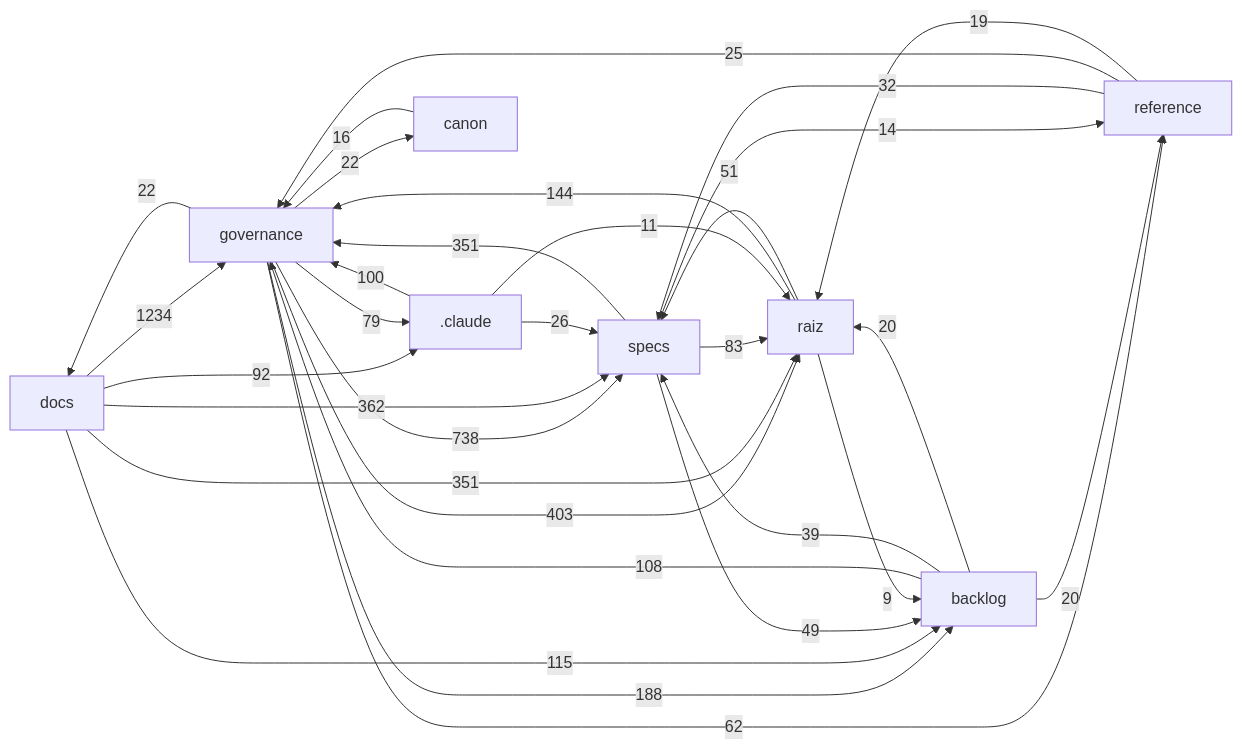
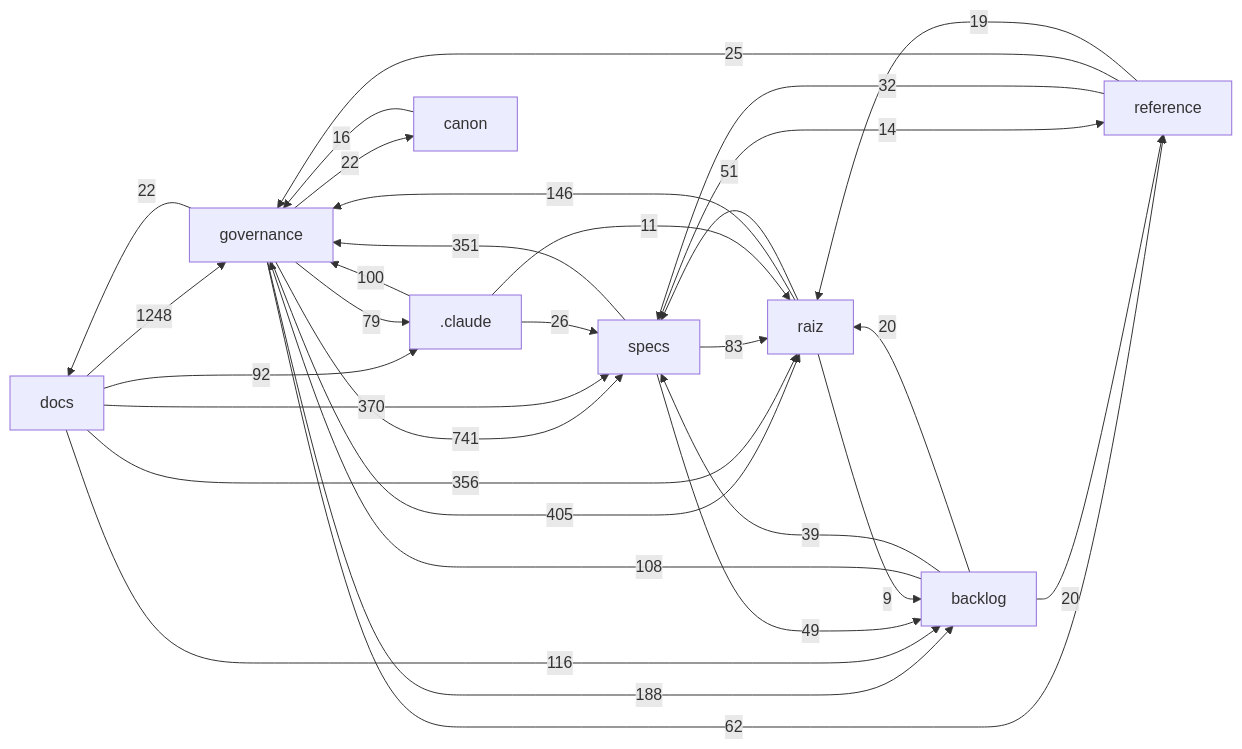
One commit to Andraus35/Sistema-Operacional-de-Trading--SOT changed the diagram in docs/mapa/MAPA-PROJETO.md. Above: the diagram before and after it, drawn with Mermaid. The commit also changed other lines of this file and 6 other files, not shown here.

First line of the commit message:
DHR-SPEC007-007: diretriz de autenticacao criptografica dos atos de Andraus (principio; mecanismo para a construcao); ROADMAP, CATALOGO; HANDOFF HO-77

````diff
--- a/docs/mapa/MAPA-PROJETO.md
+++ b/docs/mapa/MAPA-PROJETO.md
@@ -29,33 +29,33 @@
 ```mermaid
 flowchart LR
-  docs["docs"] -->|1234| governance["governance"]
-  governance["governance"] -->|738| specs["specs"]
-  governance["governance"] -->|403| raiz["raiz"]
-  docs["docs"] -->|362| specs["specs"]
-  docs["docs"] -->|351| raiz["raiz"]
+  docs["docs"] -->|1248| governance["governance"]
+  governance["governance"] -->|741| specs["specs"]
+  governance["governance"] -->|405| raiz["raiz"]
+  docs["docs"] -->|370| specs["specs"]
+  docs["docs"] -->|356| raiz["raiz"]
   specs["specs"] -->|351| governance["governance"]
   governance["governance"] -->|188| backlog["backlog"]
-  raiz["raiz"] -->|144| governance["governance"]
-  docs["docs"] -->|115| backlog["backlog"]
+  raiz["raiz"] -->|146| governance["governance"]
+  docs["docs"] -->|116| backlog["backlog"]
   backlog["backlog"] -->|108| governance["governance"]
   _claude[".claude"] -->|100| governance["governance"]
   docs["docs"] -->|92| _claude[".claude"]
   specs["specs"] -->|83| raiz["raiz"]
   governance["governance"] -->|79| _claude[".claude"]
   governance["governance"] -->|62| reference["reference"]
   raiz["raiz"] -->|51| specs["specs"]
   specs["specs"] -->|49| backlog["backlog"]
   backlog["backlog"] -->|39| specs["specs"]
   reference["reference"] -->|32| specs["specs"]
   _claude[".claude"] -->|26| specs["specs"]
   reference["reference"] -->|25| governance["governance"]
   governance["governance"] -->|22| docs["docs"]
   governance["governance"] -->|22| canon["canon"]
   backlog["backlog"] -->|20| raiz["raiz"]
   backlog["backlog"] -->|20| reference["reference"]
   reference["reference"] -->|19| raiz["raiz"]
   canon["canon"] -->|16| governance["governance"]
   specs["specs"] -->|14| reference["reference"]
   _claude[".claude"] -->|11| raiz["raiz"]
   raiz["raiz"] -->|9| backlog["backlog"]
 ```
````
